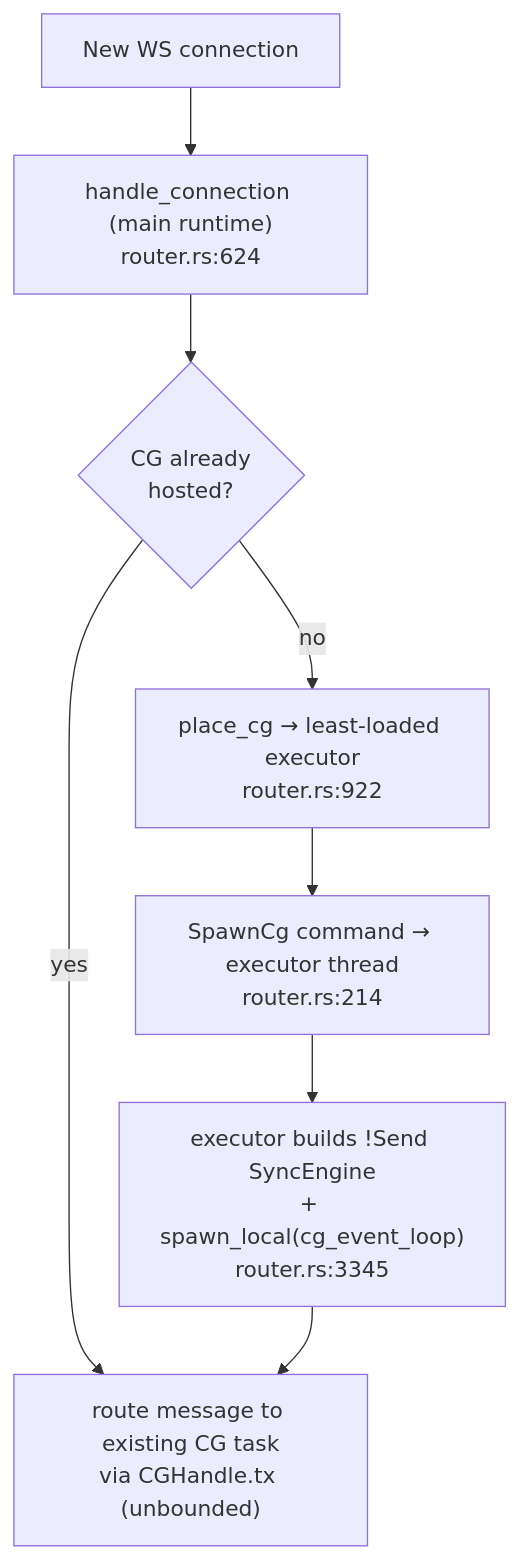
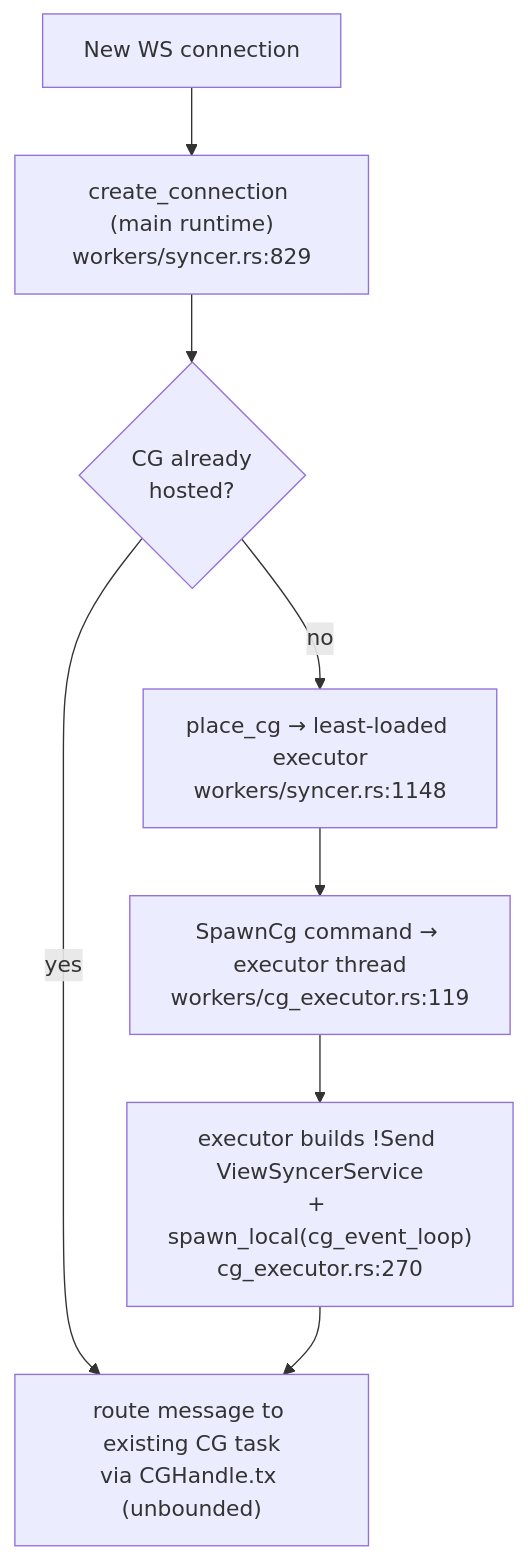
One commit to kartikparsoya-eng/mono-better changed the fourth of 11 diagrams in RUST-SYNCER-ARCHITECTURE.md. Above: the diagram before and after it, drawn with Mermaid. The commit also changed other lines of this file and 9 other files, not shown here.

First line of the commit message:
docs(rust): authoritative syncer architecture guide + I-11, remove dead credit.rs

````diff
--- a/RUST-SYNCER-ARCHITECTURE.md
+++ b/RUST-SYNCER-ARCHITECTURE.md
@@ -153,10 +159,10 @@
 ```mermaid
 flowchart TB
-    NC["New WS connection"] --> HC["handle_connection (main runtime)<br/>router.rs:624"]
+    NC["New WS connection"] --> HC["create_connection (main runtime)<br/>workers/syncer.rs:829"]
     HC --> EXIST{"CG already<br/>hosted?"}
     EXIST -->|yes| ROUTE["route message to existing CG task<br/>via CGHandle.tx (unbounded)"]
-    EXIST -->|no| PLACE["place_cg → least-loaded executor<br/>router.rs:922"]
-    PLACE --> SPAWN["SpawnCg command → executor thread<br/>router.rs:214"]
-    SPAWN --> BUILD["executor builds !Send SyncEngine<br/>+ spawn_local(cg_event_loop)<br/>router.rs:3345"]
+    EXIST -->|no| PLACE["place_cg → least-loaded executor<br/>workers/syncer.rs:1148"]
+    PLACE --> SPAWN["SpawnCg command → executor thread<br/>workers/cg_executor.rs:119"]
+    SPAWN --> BUILD["executor builds !Send ViewSyncerService<br/>+ spawn_local(cg_event_loop)<br/>cg_executor.rs:270"]
     BUILD --> ROUTE
 ```
````
